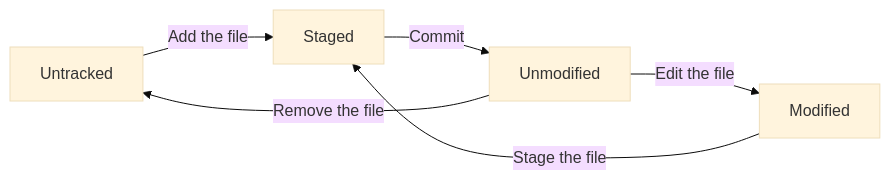
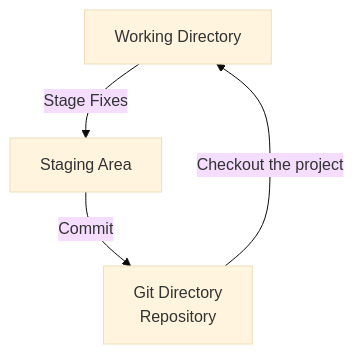
One commit to rahafebx/git-snaps changed the diagram in src/data/getting-started.md. Above: the diagram before and after it, drawn with Mermaid (base theme). The commit also changed other lines of this file and 9 other files, not shown here.

````diff
--- a/src/data/getting-started.md
+++ b/src/data/getting-started.md
@@ -53,8 +50,6 @@
 ```mermaid
-graph LR
-    U[Untracked] -->|Add the file| S[Staged]
-    UM[Unmodified] -->|Edit the file| M[Modified]
-    M -->|Stage the file| S
-    S -->|Commit| UM
-    UM -->|Remove the file| U
+graph TD
+    A[Working Directory] -->|Stage Fixes| B[Staging Area]
+    B -->|Commit| C[Git Directory<br>Repository]
+    C -->|Checkout the project| A
 ```
````
